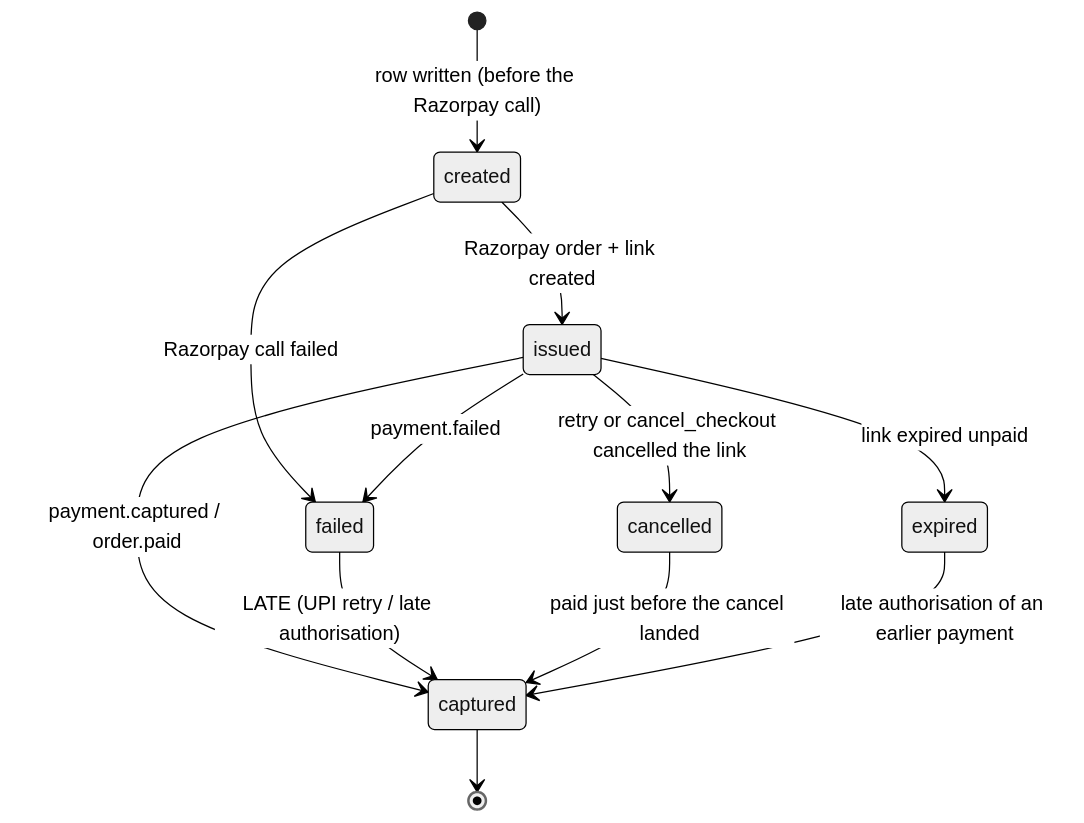
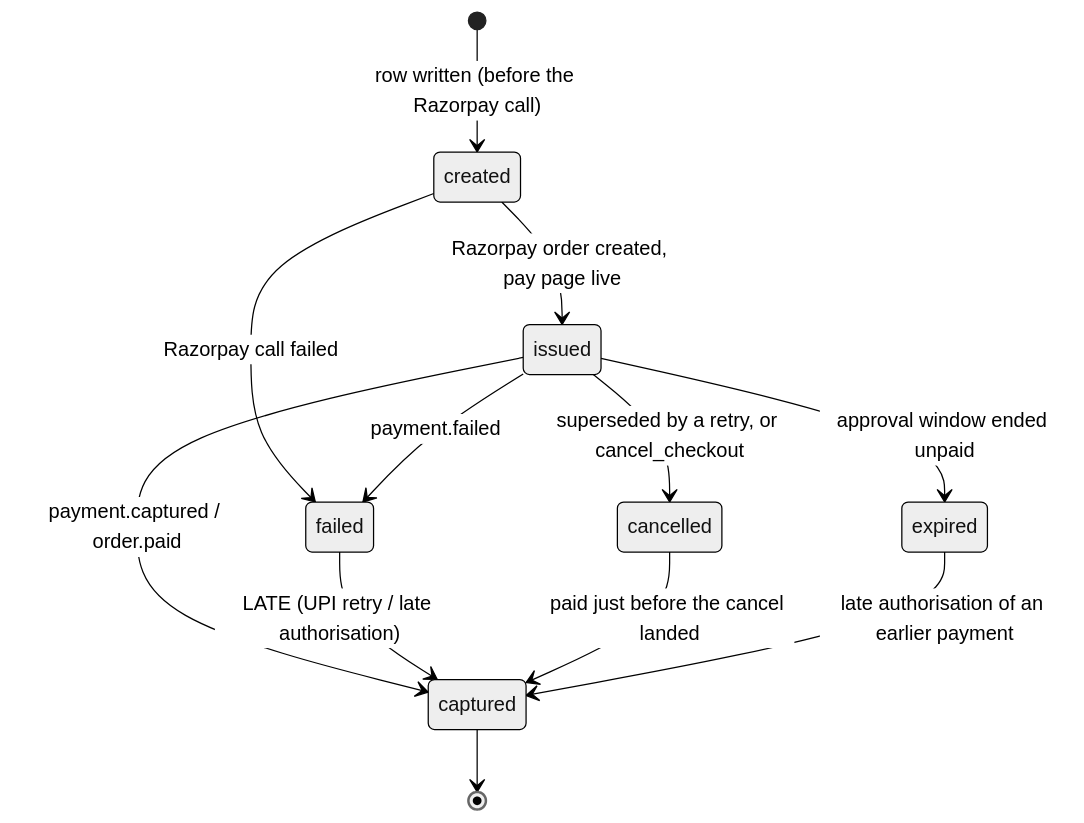
The third of 6 diagrams in docs/architecture/payments.md (HarshilForWork/TillMan), drawn with Mermaid (neutral theme) before and after one commit. The commit also changed other lines of this file and 4 other files, not shown here.

````diff
--- a/docs/architecture/payments.md
+++ b/docs/architecture/payments.md
@@ -92,14 +92,14 @@
 ```mermaid
 stateDiagram-v2
     [*] --> created : row written (before the Razorpay call)
-    created --> issued : Razorpay order + link created
+    created --> issued : Razorpay order created, pay page live
     created --> failed : Razorpay call failed
     issued --> captured : payment.captured / order.paid
     issued --> failed : payment.failed
-    issued --> cancelled : retry or cancel_checkout cancelled the link
-    issued --> expired : link expired unpaid
+    issued --> cancelled : superseded by a retry, or cancel_checkout
+    issued --> expired : approval window ended unpaid
     failed --> captured : LATE (UPI retry / late authorisation)
     cancelled --> captured : paid just before the cancel landed
     expired --> captured : late authorisation of an earlier payment
     captured --> [*]
 ```
````
